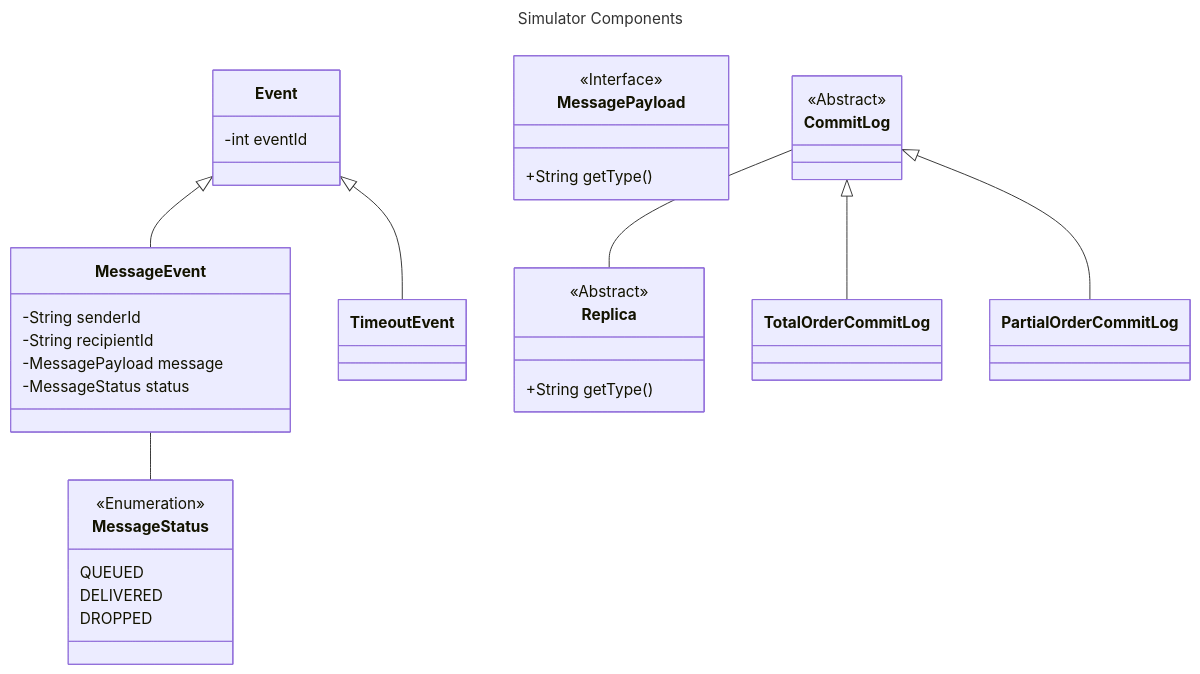
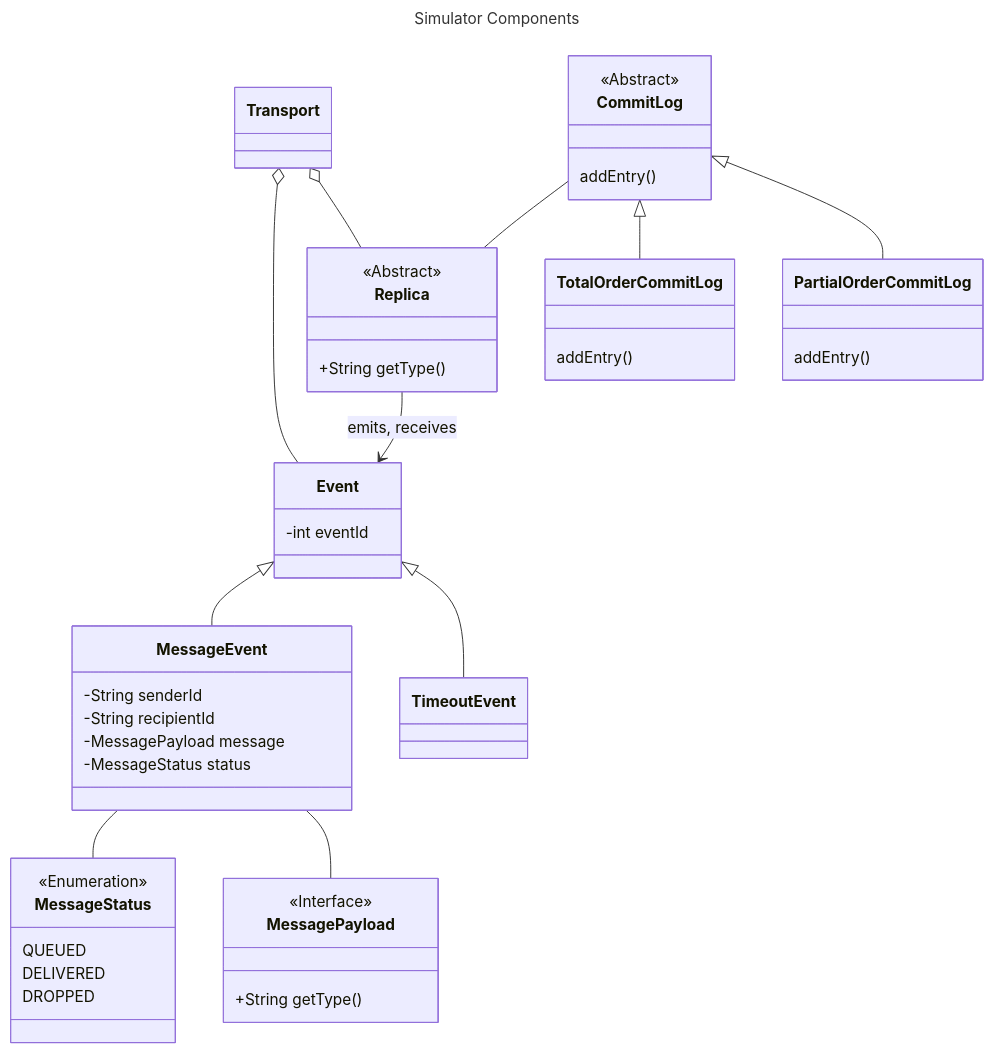
Before and after one commit to joaomlneto/byzzbench: the diagram in README.md, drawn with Mermaid.

````diff
--- a/README.md
+++ b/README.md
@@ -82,45 +82,53 @@
 ```mermaid
 ---
 title: Simulator Components
 ---
 classDiagram
     class Event {
         -int eventId
+    }
+    class Transport {
     }
     class MessageEvent {
         -String senderId
         -String recipientId
         -MessagePayload message
         -MessageStatus status
     }
     class TimeoutEvent {
     }
     class MessageStatus {
         <<Enumeration>>
         QUEUED
         DELIVERED
         DROPPED
     }
     class MessagePayload {
         <<Interface>>
         +String getType()
     }
     class Replica {
         <<Abstract>>
         +String getType()
     }
     class CommitLog {
         <<Abstract>>
+        addEntry()
     }
     class TotalOrderCommitLog {
+        addEntry()
     }
     class PartialOrderCommitLog {
+        addEntry()
     }
     Event <|-- MessageEvent
     Event <|-- TimeoutEvent
     MessageEvent -- MessageStatus
+    MessageEvent -- MessagePayload
+    CommitLog -- Replica
+    Transport o-- Event
+    Transport o-- Replica
+    Replica --> Event: emits, receives
     CommitLog <|-- TotalOrderCommitLog
     CommitLog <|-- PartialOrderCommitLog
-    CommitLog -- Replica
-
 ```
````
